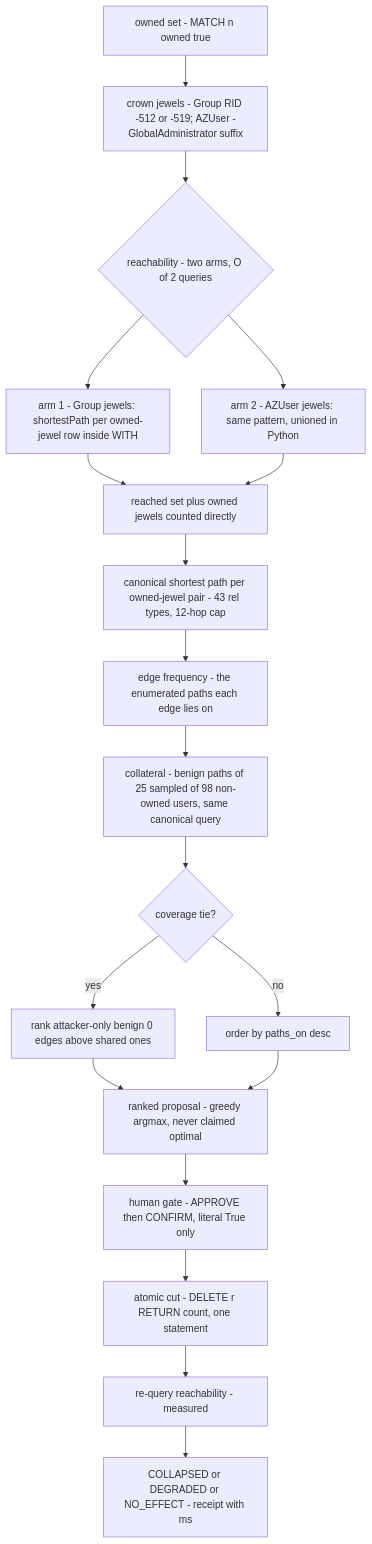
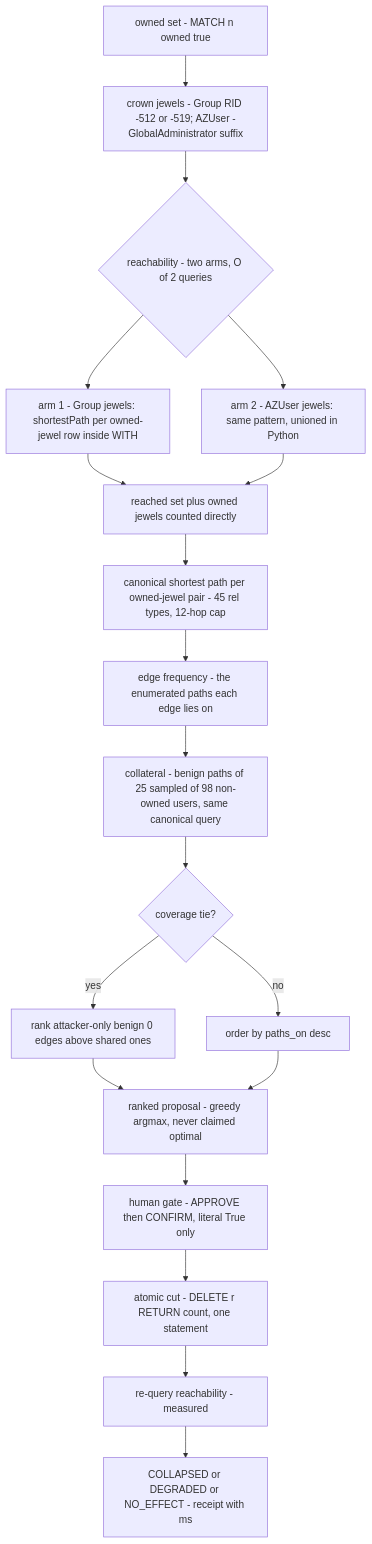
The diagram in docs/CYPHER.md (choksi2212/wemakedevs-hack), drawn with Mermaid before and after one commit. The commit also changed other lines of this file and 1 other file, not shown here.

````diff
--- a/docs/CYPHER.md
+++ b/docs/CYPHER.md
@@ -11,21 +11,21 @@
 ```mermaid
 flowchart TD
   A["owned set - MATCH n owned true"] --> B["crown jewels - Group RID -512 or -519; AZUser -GlobalAdministrator suffix"]
   B --> R{"reachability - two arms, O of 2 queries"}
   R --> R1["arm 1 - Group jewels: shortestPath per owned-jewel row inside WITH"]
   R --> R2["arm 2 - AZUser jewels: same pattern, unioned in Python"]
   R1 --> CNT["reached set plus owned jewels counted directly"]
   R2 --> CNT
-  CNT --> P["canonical shortest path per owned-jewel pair - 43 rel types, 12-hop cap"]
+  CNT --> P["canonical shortest path per owned-jewel pair - 45 rel types, 12-hop cap"]
   P --> F["edge frequency - the enumerated paths each edge lies on"]
   F --> BEN["collateral - benign paths of 25 sampled of 98 non-owned users, same canonical query"]
   BEN --> TIE{"coverage tie?"}
   TIE -->|"yes"| RANK["rank attacker-only benign 0 edges above shared ones"]
   TIE -->|"no"| RANK2["order by paths_on desc"]
   RANK --> PROP["ranked proposal - greedy argmax, never claimed optimal"]
   RANK2 --> PROP
   PROP --> GATE["human gate - APPROVE then CONFIRM, literal True only"]
   GATE --> CUT["atomic cut - DELETE r RETURN count, one statement"]
   CUT --> RE["re-query reachability - measured"]
   RE --> V["COLLAPSED or DEGRADED or NO_EFFECT - receipt with ms"]
 ```
````
